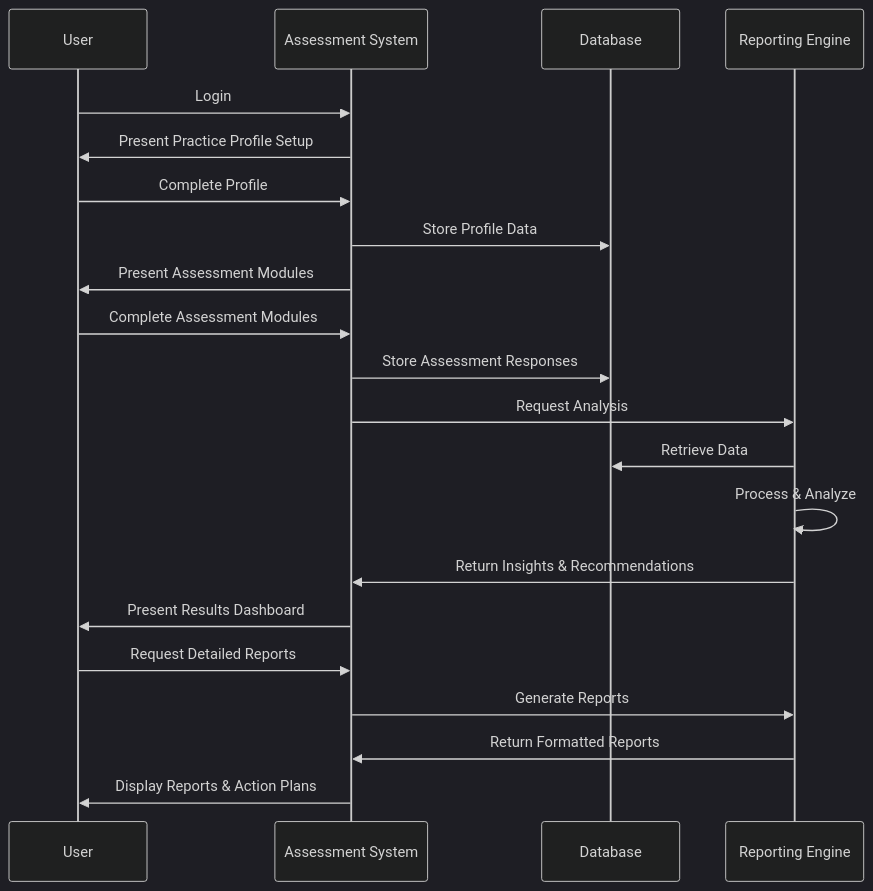
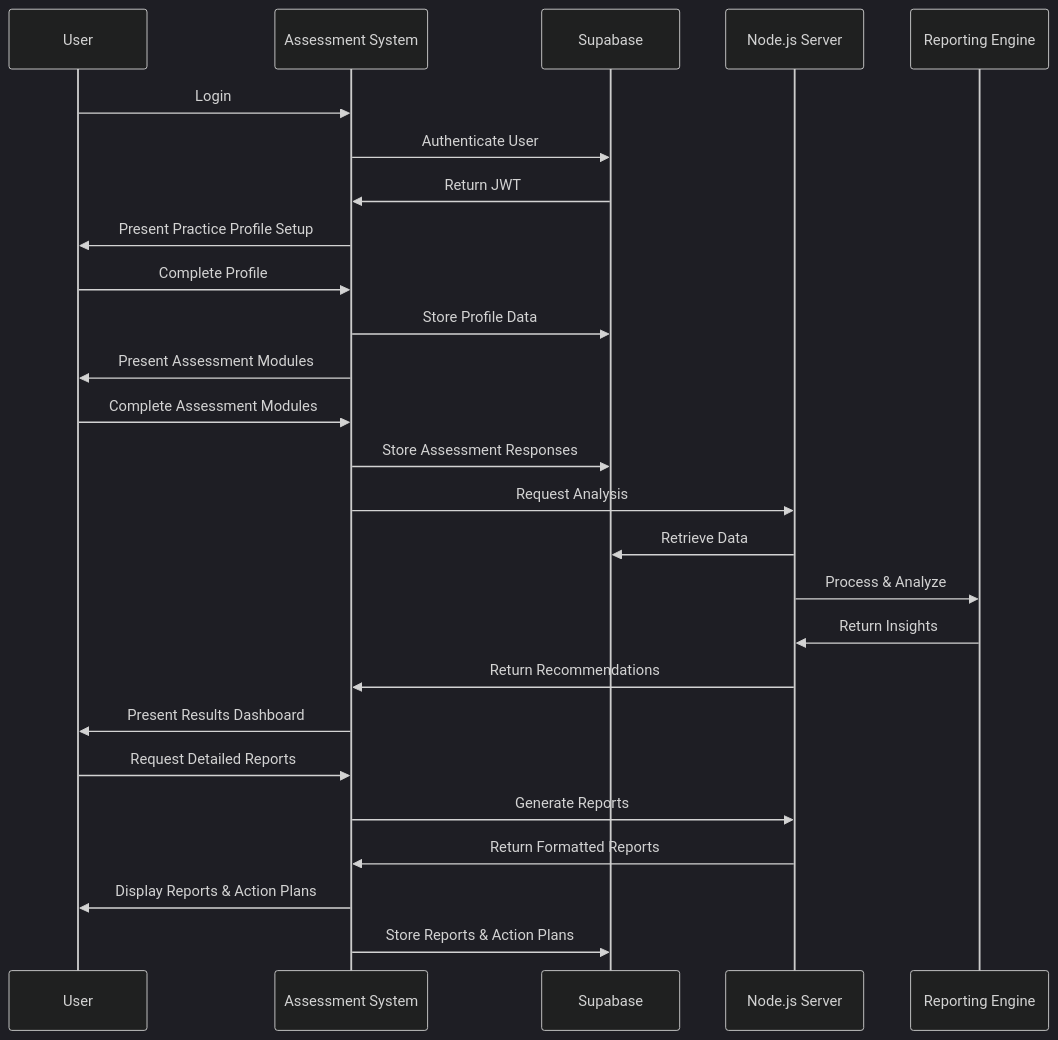
The third of 3 diagrams in .ai/arch.md (billynoodle/cursor-auto-rules-agile-workflow), drawn with Mermaid (dark theme) before and after one commit. The commit also changed other lines of this file and 22 other files, not shown here.

````diff
--- a/.ai/arch.md
+++ b/.ai/arch.md
@@ -72,24 +79,29 @@
 ```mermaid
 sequenceDiagram
     participant U as User
     participant A as Assessment System
-    participant D as Database
+    participant S as Supabase
+    participant N as Node.js Server
     participant R as Reporting Engine
     
     U->>A: Login
+    A->>S: Authenticate User
+    S->>A: Return JWT
     A->>U: Present Practice Profile Setup
     U->>A: Complete Profile
-    A->>D: Store Profile Data
+    A->>S: Store Profile Data
     A->>U: Present Assessment Modules
     U->>A: Complete Assessment Modules
-    A->>D: Store Assessment Responses
-    A->>R: Request Analysis
-    R->>D: Retrieve Data
-    R->>R: Process & Analyze
-    R->>A: Return Insights & Recommendations
+    A->>S: Store Assessment Responses
+    A->>N: Request Analysis
+    N->>S: Retrieve Data
+    N->>R: Process & Analyze
+    R->>N: Return Insights
+    N->>A: Return Recommendations
     A->>U: Present Results Dashboard
     U->>A: Request Detailed Reports
-    A->>R: Generate Reports
-    R->>A: Return Formatted Reports
+    A->>N: Generate Reports
+    N->>A: Return Formatted Reports
     A->>U: Display Reports & Action Plans
+    A->>S: Store Reports & Action Plans
 ```
````
